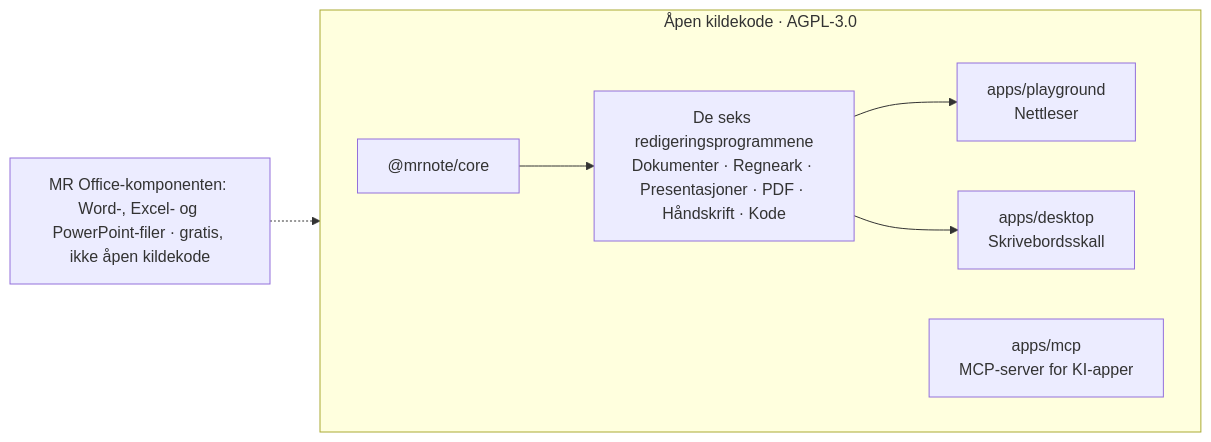
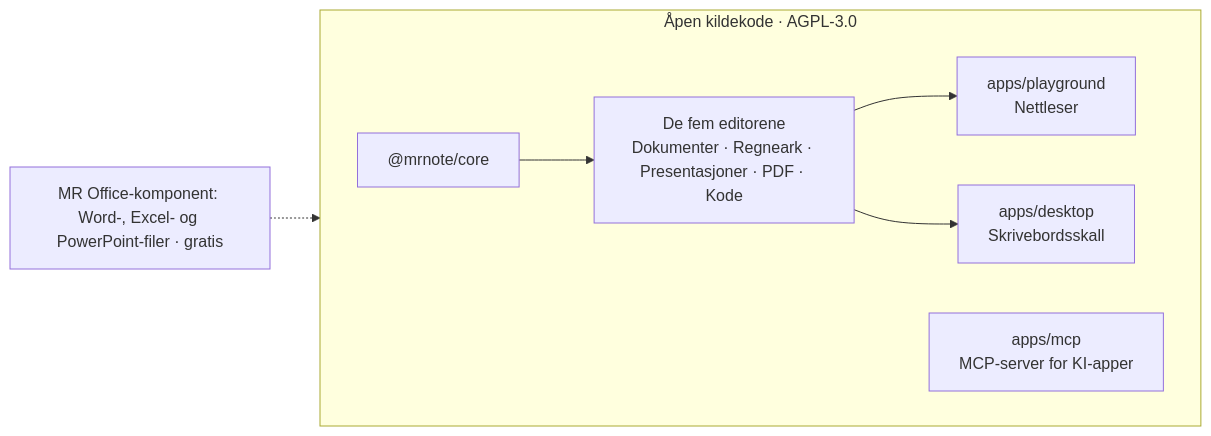
Before and after one commit to WhaleChao/MROffice: the diagram in i18n/README.no.md, drawn with Mermaid. The commit also changed other lines of this file and 621 other files, not shown here.

````diff
--- a/i18n/README.no.md
+++ b/i18n/README.no.md
@@ -130,11 +128,11 @@
 ```mermaid
 flowchart LR
   subgraph OSS["Åpen kildekode · AGPL-3.0"]
     direction LR
-    core["@mrnote/core"] --> E["De seks redigeringsprogrammene<br/>Dokumenter · Regneark · Presentasjoner · PDF · Håndskrift · Kode"]
+    core["@mrnote/core"] --> E["De fem editorene<br/>Dokumenter · Regneark · Presentasjoner · PDF · Kode"]
     E --> PG["apps/playground<br/>Nettleser"]
     E --> DS["apps/desktop<br/>Skrivebordsskall"]
     MCP["apps/mcp<br/>MCP-server for KI-apper"]
   end
-  COMP["MR Office-komponenten: Word-, Excel- og PowerPoint-filer · gratis, ikke åpen kildekode"] -.-> DS
+  COMP["MR Office-komponent: Word-, Excel- og PowerPoint-filer · gratis"] -.-> DS
 ```
````
